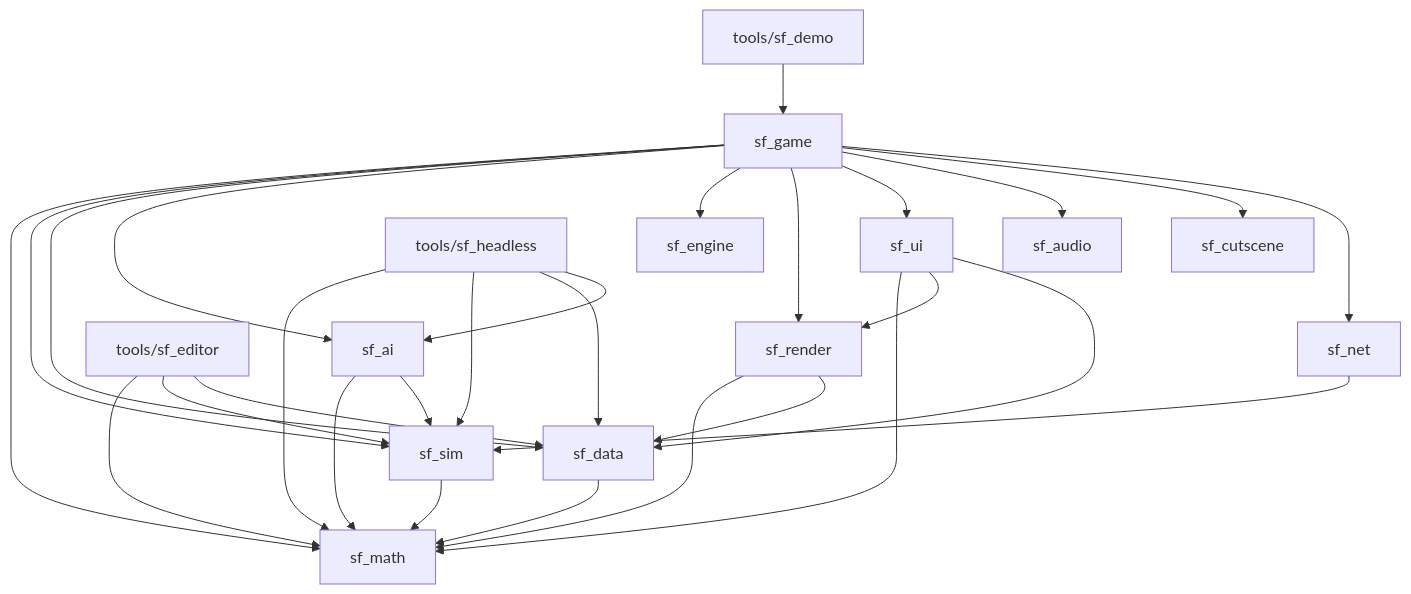
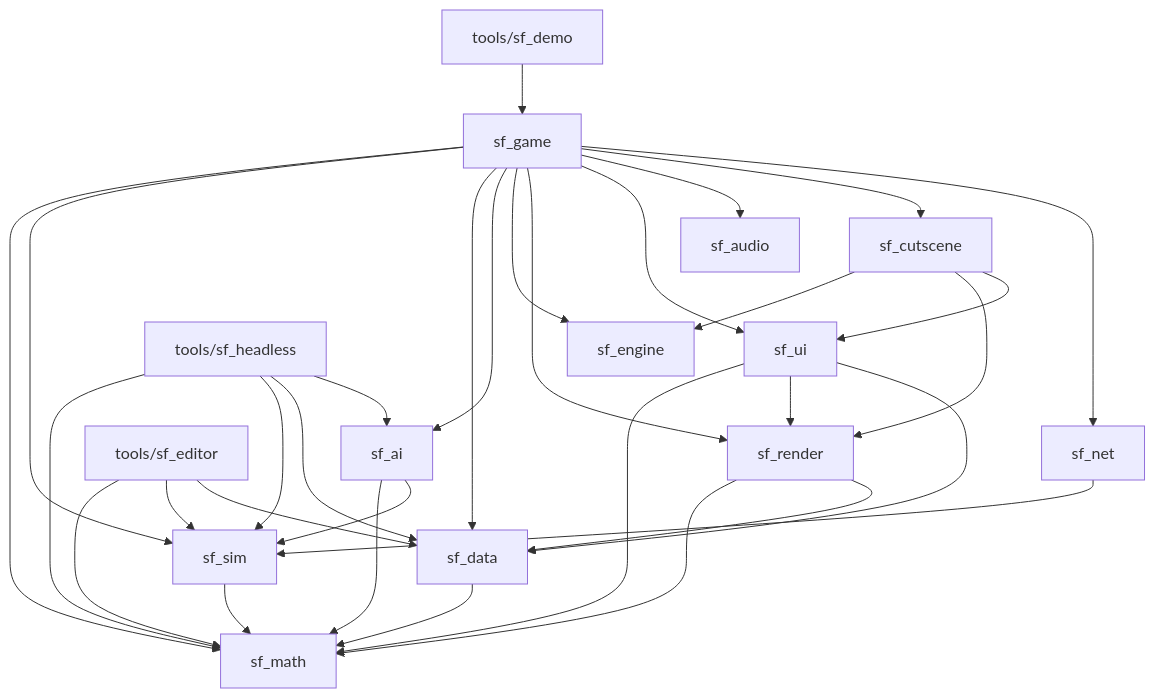
One commit to ultrasonicoverdrive/staalfront changed the diagram in docs/architecture.md. Above: the diagram before and after it, drawn with Mermaid. The commit also changed other lines of this file and 25 other files, not shown here.

````diff
--- a/docs/architecture.md
+++ b/docs/architecture.md
@@ -44,31 +44,34 @@
 ```mermaid
 graph TD
   sf_sim --> sf_math
   sf_data --> sf_math
   sf_ai --> sf_math
   sf_ai --> sf_sim
   sf_render --> sf_math
   sf_render --> sf_data
   sf_ui --> sf_math
   sf_ui --> sf_render
   sf_ui --> sf_data
   sf_net --> sf_sim
   sf_game --> sf_math
   sf_game --> sf_sim
   sf_game --> sf_data
   sf_game --> sf_ai
   sf_game --> sf_engine
   sf_game --> sf_render
   sf_game --> sf_ui
   sf_game --> sf_audio
   sf_game --> sf_cutscene
   sf_game --> sf_net
+  sf_cutscene --> sf_engine
+  sf_cutscene --> sf_render
+  sf_cutscene --> sf_ui
   sf_headless[tools/sf_headless] --> sf_math
   sf_headless --> sf_sim
   sf_headless --> sf_data
   sf_headless --> sf_ai
   sf_demo[tools/sf_demo] --> sf_game
   sf_editor[tools/sf_editor] --> sf_math
   sf_editor --> sf_sim
   sf_editor --> sf_data
 ```
````
